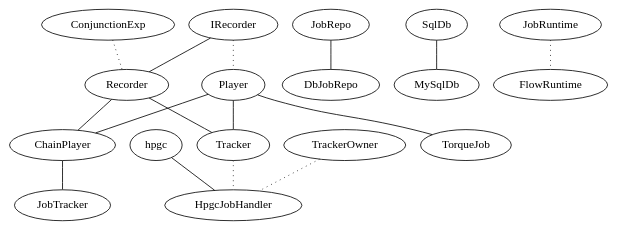
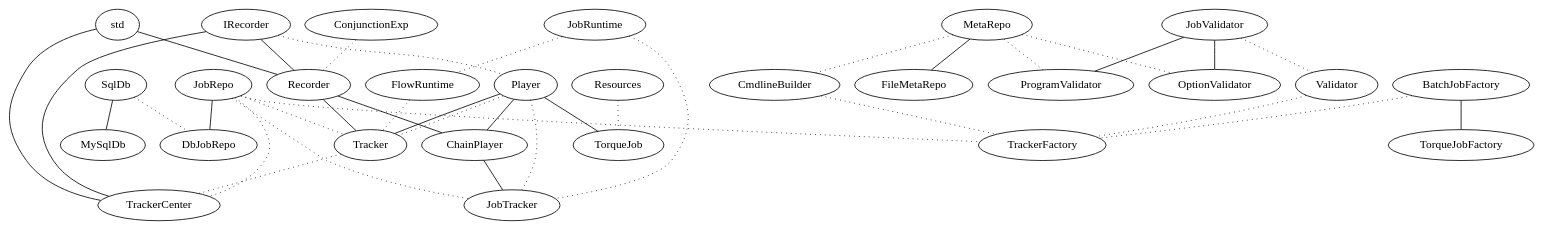
One commit to tumluliu/hengii changed the diagram in doc/dotout.dot. Above: the diagram before and after it, drawn with Graphviz. The commit also changed 153 other files, not shown here.

```diff
--- a/doc/dotout.dot
+++ b/doc/dotout.dot
@@ -1,36 +1,68 @@
 graph G {
 	node [label="\N"];
-	graph [bb="0,0,559.21,362.64"];
-	Player [pos="193.26,145.97", width=1, height="0.52778"];
-	ChainPlayer [pos="124.44,164.49", width="1.6111", height="0.52778"];
-	Recorder [pos="187.96,108.12", width="1.2778", height="0.52778"];
-	JobRepo [pos="430.5,294.64", width="1.25", height="0.52778"];
-	DbJobRepo [pos="501.71,284", width="1.5556", height="0.52778"];
-	hpgc [pos="320.04,303.05", width="0.83333", height="0.52778"];
-	HpgcJobHandler [pos="315.39,223.1", width="2.1111", height="0.52778"];
-	JobTracker [pos="55.5,198.53", width="1.5", height="0.52778"];
-	SqlDb [pos="133,342.64", width=1, height="0.52778"];
-	MySqlDb [pos="204.21,332", width="1.3889", height="0.52778"];
-	IRecorder [pos="130.32,81.226", width="1.3889", height="0.52778"];
-	TorqueJob [pos="255.57,71.658", width="1.4444", height="0.52778"];
-	Tracker [pos="254.11,171.49", width="1.1389", height="0.52778"];
-	JobRuntime [pos="419.5,78.639", width="1.6111", height="0.52778"];
-	FlowRuntime [pos="490.71,68", width="1.8056", height="0.52778"];
-	TrackerOwner [pos="394.8,211.8", width="1.8611", height="0.52778"];
-	ConjunctionExp [pos="193.86,20", width="2.0556", height="0.52778"];
-	Player -- ChainPlayer [pos="160.87,154.69 160.73,154.72 160.59,154.76 160.45,154.8"];
-	Recorder -- ChainPlayer [pos="168.21,125.64 160.78,132.24 152.33,139.74 144.84,146.39"];
-	JobRepo -- DbJobRepo [pos="473.16,288.27 473.27,288.25 473.39,288.23 473.51,288.21"];
-	hpgc -- HpgcJobHandler [pos="318.91,283.69 318.18,271.12 317.24,254.81 316.51,242.27"];
-	ChainPlayer -- JobTracker [pos="91.99,180.51 90.314,181.34 88.631,182.17 86.958,183"];
-	SqlDb -- MySqlDb [pos="167.77,337.44 167.91,337.42 168.05,337.4 168.19,337.38"];
-	IRecorder -- Recorder [pos="162.18,96.087 162.28,96.135 162.38,96.184 162.49,96.232"];
-	Player -- TorqueJob [pos="208.03,128.36 217.75,116.77 230.44,101.64 240.26,89.919"];
-	Recorder -- Tracker [pos="206.39,125.77 215.72,134.71 226.99,145.51 236.24,154.37"];
-	Player -- Tracker [pos="221.55,157.83 222.17,158.09 222.79,158.35 223.41,158.62"];
-	JobRuntime -- FlowRuntime [style=dotted, pos="472.37,70.74 472.54,70.715 472.7,70.691 472.86,70.667"];
-	IRecorder -- Player [style=dotted, pos="147.85,99.26 156.87,108.54 167.81,119.79 176.69,128.92"];
-	TrackerOwner -- HpgcJobHandler [style=dotted, pos="334.62,220.36 334.53,220.37 334.44,220.39 334.36,220.4"];
-	Tracker -- HpgcJobHandler [style=dotted, pos="274.18,188.39 280.32,193.56 287.11,199.28 293.38,204.56"];
-	ConjunctionExp -- Recorder [style=dotted, pos="192.58,39.12 191.59,53.9 190.23,74.263 189.24,89.033"];
+	graph [bb="0,0,734.67,510.41"];
+	Player [pos="532.72,244.13", width=1, height="0.52778"];
+	ChainPlayer [pos="514.23,289.24", width="1.6111", height="0.52778"];
+	Recorder [pos="499.42,363.95", width="1.2778", height="0.52778"];
+	JobRepo [pos="374.01,269.92", width="1.25", height="0.52778"];
+	DbJobRepo [pos="343.89,184.53", width="1.5556", height="0.52778"];
+	MetaRepo [pos="135.07,351.12", width="1.4444", height="0.52778"];
+	FileMetaRepo [pos="86.809,419.12", width="1.8611", height="0.52778"];
+	JobTracker [pos="446.86,229.51", width="1.5", height="0.52778"];
+	SqlDb [pos="326.21,99.297", width=1, height="0.52778"];
+	MySqlDb [pos="314.7,20", width="1.3889", height="0.52778"];
+	JobValidator [pos="145.41,252.14", width="1.6944", height="0.52778"];
+	OptionValidator [pos="79.031,314", width="2.0556", height="0.52778"];
+	ProgramValidator [pos="82.5,271.46", width="2.25", height="0.52778"];
+	IRecorder [pos="527.88,325.77", width="1.3889", height="0.52778"];
+	std [pos="450.16,412.26", width="0.75", height="0.52778"];
+	TorqueJob [pos="610.37,217.65", width="1.4444", height="0.52778"];
+	BatchJobFactory [pos="292.75,406.67", width="2.1111", height="0.52778"];
+	TorqueJobFactory [pos="281.27,490.41", width="2.2778", height="0.52778"];
+	Tracker [pos="453.79,279.74", width="1.1389", height="0.52778"];
+	TrackerCenter [pos="425.19,333.01", width="1.8611", height="0.52778"];
+	TrackerFactory [pos="295.93,316.19", width="1.9444", height="0.52778"];
+	FlowRuntime [pos="486.75,193.61", width="1.8056", height="0.52778"];
+	JobRuntime [pos="460.4,143.67", width="1.6111", height="0.52778"];
+	CmdlineBuilder [pos="220.28,345.62", width="2.0278", height="0.52778"];
+	Validator [pos="228.13,264.44", width="1.3333", height="0.52778"];
+	ConjunctionExp [pos="562.29,421.99", width="2.0556", height="0.52778"];
+	Resources [pos="682.67,195.42", width="1.4167", height="0.52778"];
+	Player -- ChainPlayer [pos="525.09,262.74 524.06,265.26 523,267.85 521.96,270.38"];
+	Recorder -- ChainPlayer [pos="503.23,344.71 505.44,333.56 508.22,319.56 510.43,308.41"];
+	JobRepo -- DbJobRepo [pos="367.33,250.97 362.34,236.82 355.54,217.57 350.56,203.43"];
+	MetaRepo -- FileMetaRepo [pos="121.89,369.7 115.19,379.14 107.06,390.59 100.32,400.09"];
+	ChainPlayer -- JobTracker [pos="494.02,271.32 485.49,263.76 475.58,254.98 467.06,247.42"];
+	SqlDb -- MySqlDb [pos="323.42,80.101 321.61,67.634 319.27,51.451 317.46,39.019"];
+	JobValidator -- OptionValidator [pos="125.85,270.36 117.44,278.2 107.61,287.36 99.139,295.26"];
+	JobValidator -- ProgramValidator [pos="101.72,265.56 101.55,265.61 101.38,265.66 101.22,265.71"];
+	IRecorder -- Recorder [pos="513.98,344.41 513.64,344.87 513.3,345.32 512.96,345.78"];
+	std -- Recorder [pos="466.02,396.71 470.97,391.86 476.46,386.47 481.54,381.49"];
+	Player -- TorqueJob [pos="562.97,233.82 566.03,232.77 569.17,231.7 572.31,230.63"];
+	BatchJobFactory -- TorqueJobFactory [pos="290.14,425.67 288.28,439.28 285.77,457.54 283.9,471.2"];
+	Recorder -- Tracker [pos="489.29,345.26 481.73,331.31 471.44,312.32 463.88,298.38"];
+	Player -- Tracker [pos="499.72,251.79 491.42,255.21 482.74,259.24 475.17,263.22"];
+	IRecorder -- TrackerCenter [pos="478.64,329.24 478.53,329.25 478.43,329.25 478.33,329.26"];
+	std -- TrackerCenter [pos="444.24,393.48 440.32,381.03 435.19,364.74 431.24,352.21"];
+	JobRepo -- TrackerFactory [style=dotted, pos="347.58,285.59 340.41,289.83 332.61,294.46 325.29,298.79"];
+	FlowRuntime -- Tracker [style=dotted, pos="479.44,212.73 473.94,227.1 466.44,246.69 460.97,260.98"];
+	MetaRepo -- ProgramValidator [style=dotted, pos="122.88,332.65 114.51,319.96 103.43,303.17 94.993,290.39"];
+	JobRuntime -- FlowRuntime [style=dotted, pos="470.37,162.55 472.46,166.53 474.68,170.73 476.78,174.71"];
+	CmdlineBuilder -- TrackerFactory [style=dotted, pos="261.21,329.7 261.35,329.65 261.49,329.59 261.63,329.54"];
+	BatchJobFactory -- TrackerFactory [style=dotted, pos="293.43,387.48 293.97,372.13 294.72,350.7 295.26,335.35"];
+	Player -- Tracker [style=dotted, pos="512.43,260.07 505.63,263.69 497.83,267.39 490.18,270.65"];
+	JobRuntime -- JobTracker [style=dotted, pos="457.4,162.72 455.15,176.95 452.1,196.3 449.86,210.51"];
+	MetaRepo -- CmdlineBuilder [style=dotted, pos="186.61,347.8 186.75,347.79 186.89,347.78 187.03,347.77"];
+	JobValidator -- Validator [style=dotted, pos="200.58,260.34 200.7,260.36 200.82,260.38 200.94,260.39"];
+	JobRepo -- TrackerCenter [style=dotted, pos="388.81,288.17 395.43,296.32 403.21,305.92 409.88,314.15"];
+	ConjunctionExp -- Recorder [style=dotted, pos="542.4,403.63 534.77,396.59 526.09,388.58 518.54,381.6"];
+	Player -- JobTracker [style=dotted, pos="498.29,238.27 497.36,238.11 496.42,237.95 495.48,237.79"];
+	Validator -- TrackerFactory [style=dotted, pos="250.33,281.38 257.28,286.69 264.98,292.57 272.05,297.96"];
+	JobRepo -- Tracker [style=dotted, pos="417.63,275.29 417.78,275.31 417.92,275.33 418.07,275.35"];
+	MetaRepo -- OptionValidator [style=dotted, pos="109.68,334.3 108.4,333.45 107.12,332.61 105.84,331.76"];
+	IRecorder -- Player [style=dotted, pos="529.03,306.42 529.8,293.41 530.81,276.32 531.58,263.34"];
+	SqlDb -- DbJobRepo [style=dotted, pos="330.13,118.21 333.04,132.24 336.99,151.29 339.91,165.37"];
+	Tracker -- TrackerCenter [style=dotted, pos="443.78,298.37 441.08,303.41 438.14,308.87 435.42,313.94"];
+	Resources -- TorqueJob [style=dotted, pos="643.14,207.57 643.01,207.61 642.87,207.66 642.74,207.7"];
+	JobRepo -- JobTracker [style=dotted, pos="401.55,254.64 406.87,251.69 412.46,248.59 417.82,245.62"];
 }
```
